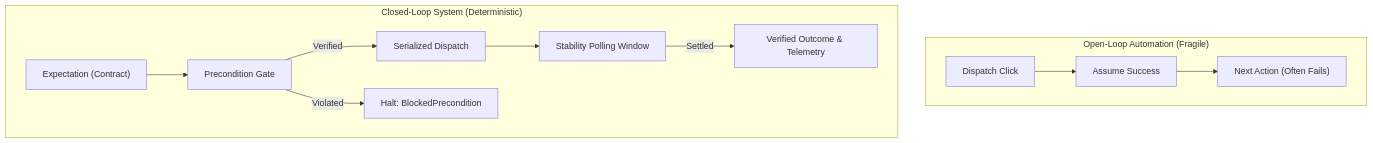
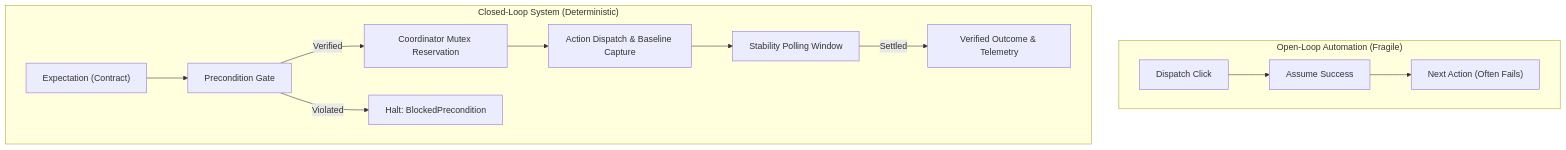
One commit to joelaniol/nova changed the first of 8 diagrams in docs/core-features/closed-loop-system-cls/README.md. Above: the diagram before and after it, drawn with Mermaid. The commit also changed other lines of this file and 57 other files, not shown here.

````diff
--- a/docs/core-features/closed-loop-system-cls/README.md
+++ b/docs/core-features/closed-loop-system-cls/README.md
@@ -23,14 +23,15 @@
 ```mermaid
 flowchart TD
     subgraph OpenLoop ["Open-Loop Automation (Fragile)"]
         O1["Dispatch Click"] --> O2["Assume Success"] --> O3["Next Action (Often Fails)"]
     end
 
     subgraph ClosedLoop ["Closed-Loop System (Deterministic)"]
         C1["Expectation (Contract)"] --> C2["Precondition Gate"]
-        C2 -->|Verified| C3["Serialized Dispatch"]
+        C2 -->|Verified| C3["Coordinator Mutex Reservation"]
         C2 -->|Violated| C6["Halt: BlockedPrecondition"]
-        C3 --> C4["Stability Polling Window"]
-        C4 -->|Settled| C5["Verified Outcome & Telemetry"]
+        C3 --> C4["Action Dispatch & Baseline Capture"]
+        C4 --> C5["Stability Polling Window"]
+        C5 -->|Settled| C7["Verified Outcome & Telemetry"]
     end
 ```
````
